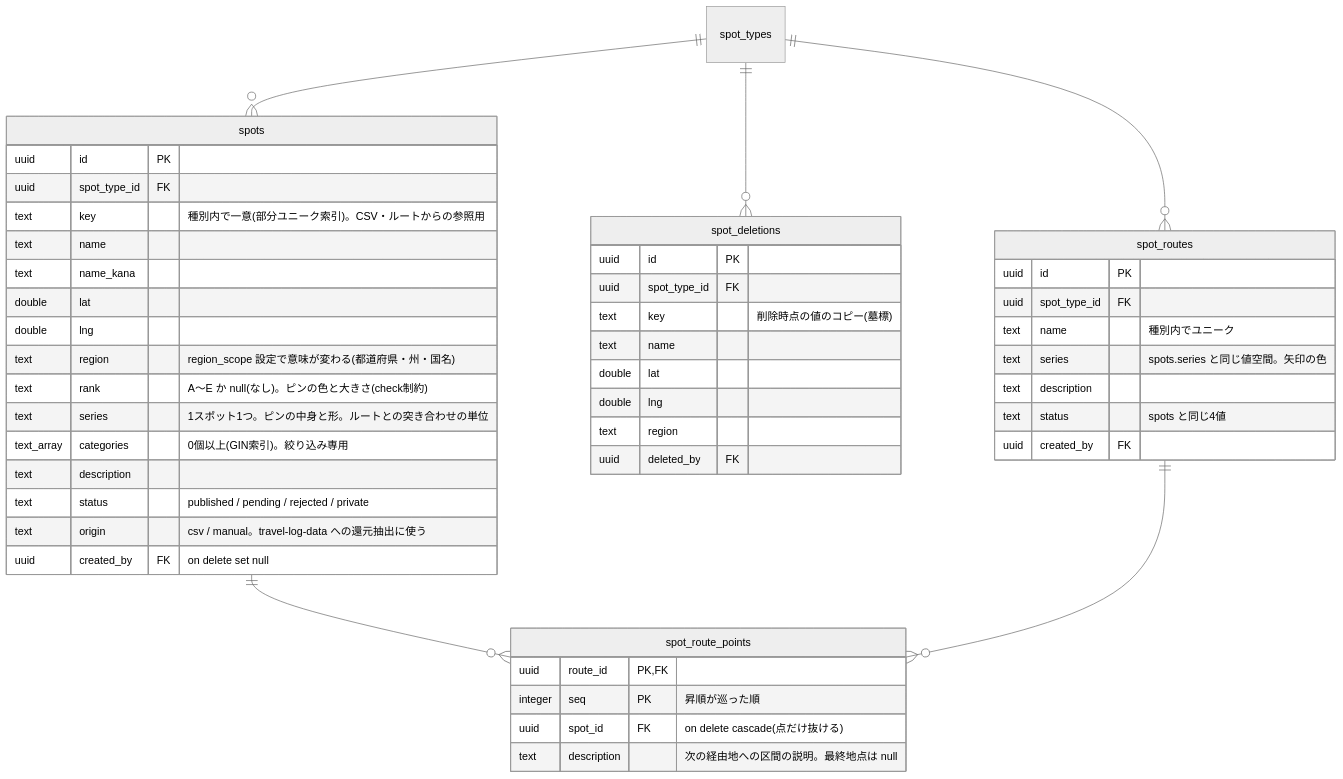
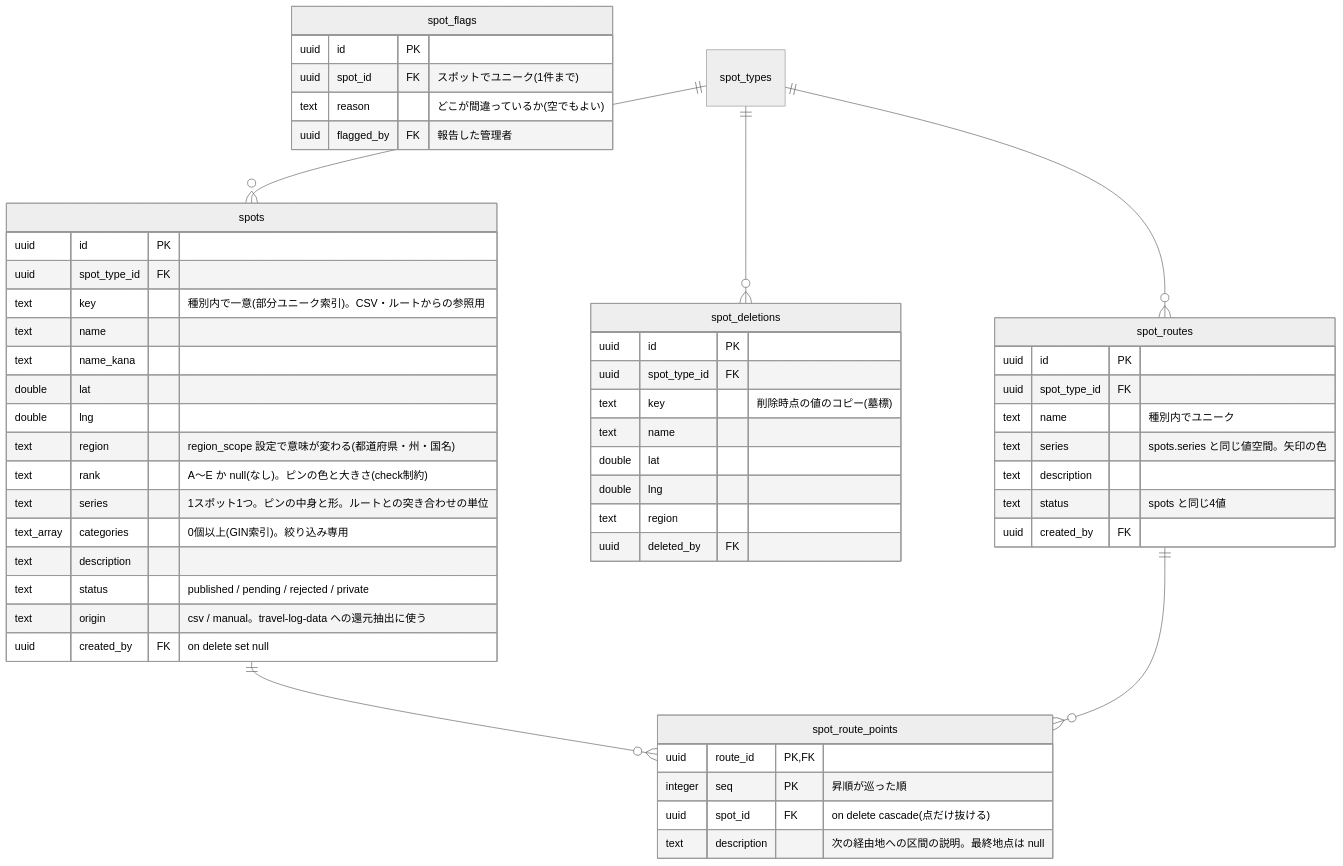
Before and after one commit to rtcode337/travel-log: the fourth of 5 diagrams in docs/database.md, drawn with Mermaid (neutral theme). The commit also changed other lines of this file and 10 other files, not shown here.

````diff
--- a/docs/database.md
+++ b/docs/database.md
@@ -141,50 +143,56 @@
 ```mermaid
 erDiagram
     spots {
         uuid id PK
         uuid spot_type_id FK
         text key "種別内で一意(部分ユニーク索引)。CSV・ルートからの参照用"
         text name
         text name_kana
         double lat
         double lng
         text region "region_scope 設定で意味が変わる(都道府県・州・国名)"
         text rank "A〜E か null(なし)。ピンの色と大きさ(check制約)"
         text series "1スポット1つ。ピンの中身と形。ルートとの突き合わせの単位"
         text_array categories "0個以上(GIN索引)。絞り込み専用"
         text description
         text status "published / pending / rejected / private"
         text origin "csv / manual。travel-log-data への還元抽出に使う"
         uuid created_by FK "on delete set null"
     }
     spot_deletions {
         uuid id PK
         uuid spot_type_id FK
         text key "削除時点の値のコピー(墓標)"
         text name
         double lat
         double lng
         text region
         uuid deleted_by FK
     }
+    spot_flags {
+        uuid id PK
+        uuid spot_id FK "スポットでユニーク(1件まで)"
+        text reason "どこが間違っているか(空でもよい)"
+        uuid flagged_by FK "報告した管理者"
+    }
     spot_routes {
         uuid id PK
         uuid spot_type_id FK
         text name "種別内でユニーク"
         text series "spots.series と同じ値空間。矢印の色"
         text description
         text status "spots と同じ4値"
         uuid created_by FK
     }
     spot_route_points {
         uuid route_id PK, FK
         integer seq PK "昇順が巡った順"
         uuid spot_id FK "on delete cascade(点だけ抜ける)"
         text description "次の経由地への区間の説明。最終地点は null"
     }
     spot_types ||--o{ spots : ""
     spot_types ||--o{ spot_deletions : ""
     spot_types ||--o{ spot_routes : ""
     spots ||--o{ spot_route_points : ""
     spot_routes ||--o{ spot_route_points : ""
 ```
````
